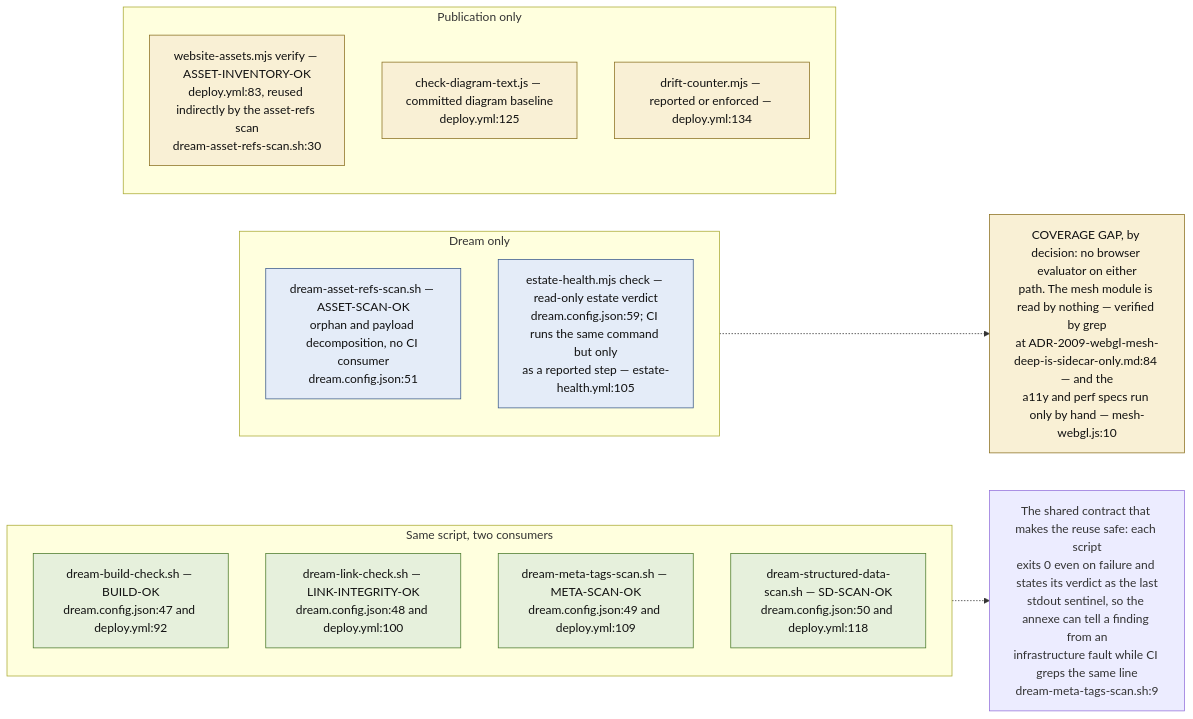
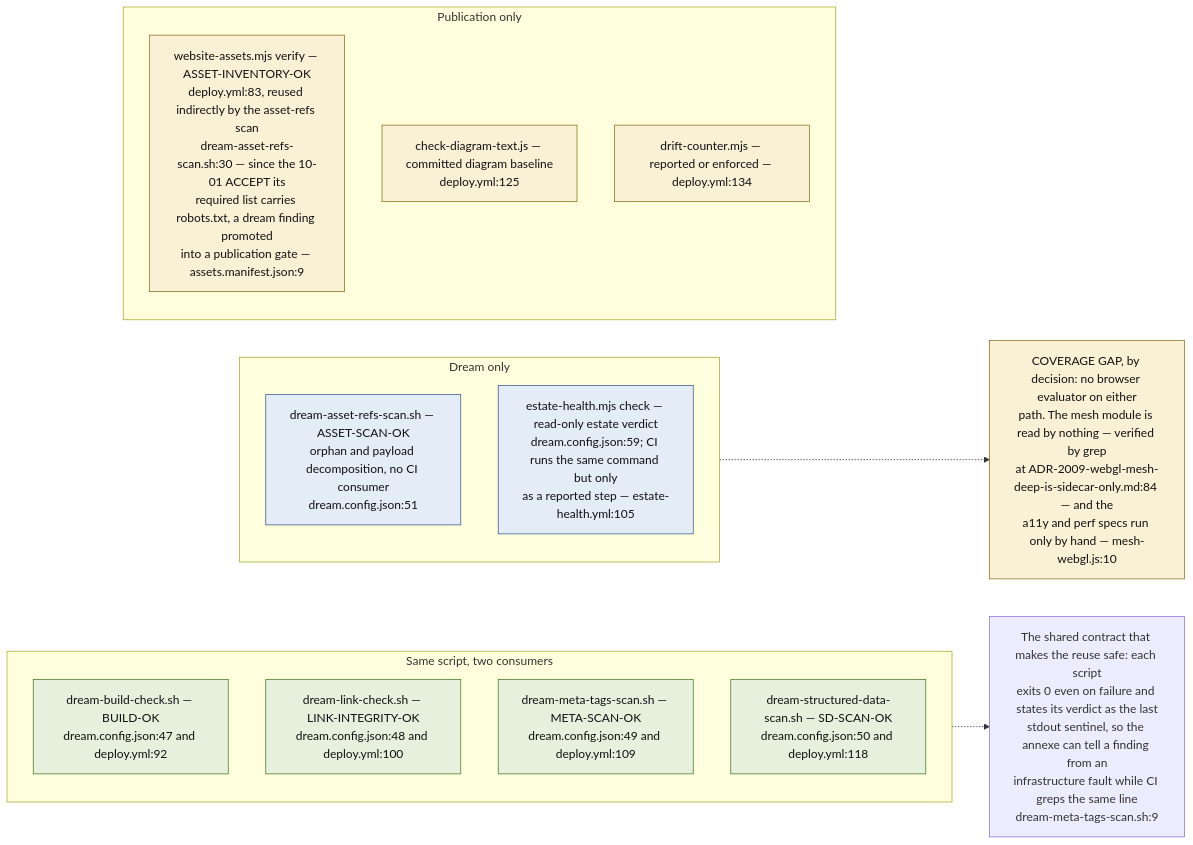
One commit to DreamLab-AI/VisionFlow changed the ninth of 9 diagrams in docs/diagrams/visionflow/04-dream-cycle-integration.md. Above: the diagram before and after it, drawn with Mermaid. The commit also changed other lines of this file and 94 other files, not shown here.

First line of the commit message:
docs(diagrams): re-verify 130 topics against 2 October HEADs

````diff
--- a/docs/diagrams/visionflow/04-dream-cycle-integration.md
+++ b/docs/diagrams/visionflow/04-dream-cycle-integration.md
@@ -281,30 +286,30 @@
 ```mermaid
 flowchart LR
     classDef sh fill:#e6f0dc,stroke:#4a7a2a,color:#111
     classDef only fill:#e4ecf8,stroke:#3a5a8a,color:#111
     classDef gap fill:#f9f0d5,stroke:#8a7020,color:#111
 
     subgraph SHARED["Same script, two consumers"]
         S1["dream-build-check.sh — BUILD-OK<br/>dream.config.json:47 and deploy.yml:92"]:::sh
         S2["dream-link-check.sh — LINK-INTEGRITY-OK<br/>dream.config.json:48 and deploy.yml:100"]:::sh
         S3["dream-meta-tags-scan.sh — META-SCAN-OK<br/>dream.config.json:49 and deploy.yml:109"]:::sh
         S4["dream-structured-data-scan.sh — SD-SCAN-OK<br/>dream.config.json:50 and deploy.yml:118"]:::sh
     end
 
     subgraph DREAMONLY["Dream only"]
         D1["dream-asset-refs-scan.sh — ASSET-SCAN-OK<br/>orphan and payload decomposition, no CI consumer<br/>dream.config.json:51"]:::only
         D2["estate-health.mjs check — read-only estate verdict<br/>dream.config.json:59; CI runs the same command but only<br/>as a reported step — estate-health.yml:105"]:::only
     end
 
     subgraph CIONLY["Publication only"]
-        C1["website-assets.mjs verify — ASSET-INVENTORY-OK<br/>deploy.yml:83, reused indirectly by the asset-refs scan<br/>dream-asset-refs-scan.sh:30"]:::gap
+        C1["website-assets.mjs verify — ASSET-INVENTORY-OK<br/>deploy.yml:83, reused indirectly by the asset-refs scan<br/>dream-asset-refs-scan.sh:30 — since the 10-01 ACCEPT its<br/>required list carries robots.txt, a dream finding promoted<br/>into a publication gate — assets.manifest.json:9"]:::gap
         C2["check-diagram-text.js — committed diagram baseline<br/>deploy.yml:125"]:::gap
         C3["drift-counter.mjs — reported or enforced — deploy.yml:134"]:::gap
     end
 
     SENT["The shared contract that makes the reuse safe: each script<br/>exits 0 even on failure and states its verdict as the last<br/>stdout sentinel, so the annexe can tell a finding from an<br/>infrastructure fault while CI greps the same line<br/>dream-meta-tags-scan.sh:9"]
     SHARED -.-> SENT
 
     NOBROWSER["COVERAGE GAP, by decision: no browser evaluator on either<br/>path. The mesh module is read by nothing — verified by grep<br/>at ADR-2009-webgl-mesh-deep-is-sidecar-only.md:84 — and the<br/>a11y and perf specs run only by hand — mesh-webgl.js:10"]:::gap
     DREAMONLY -.-> NOBROWSER
 ```
````
